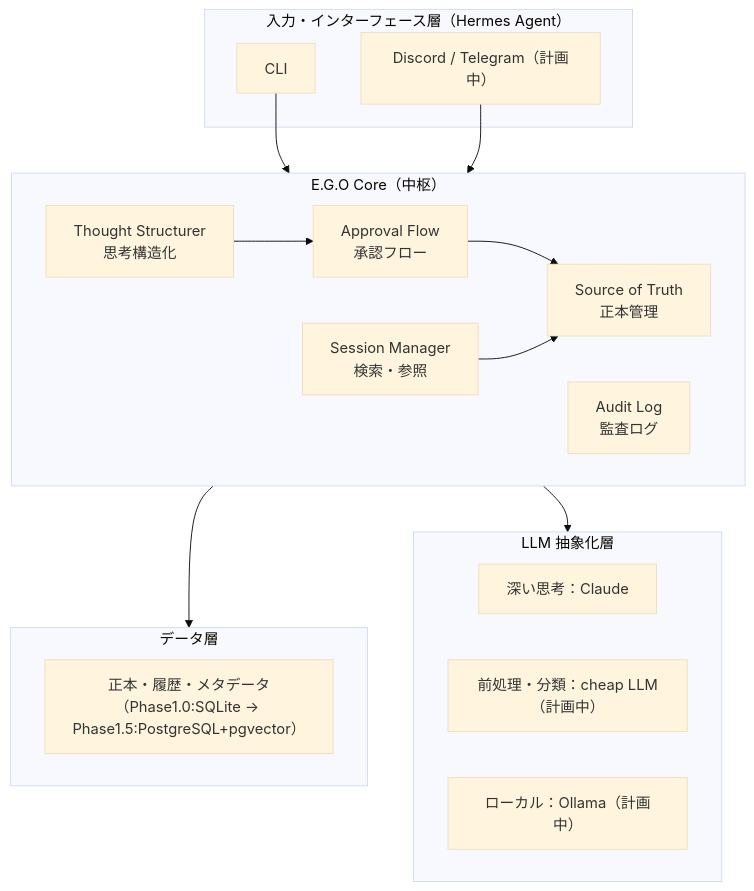
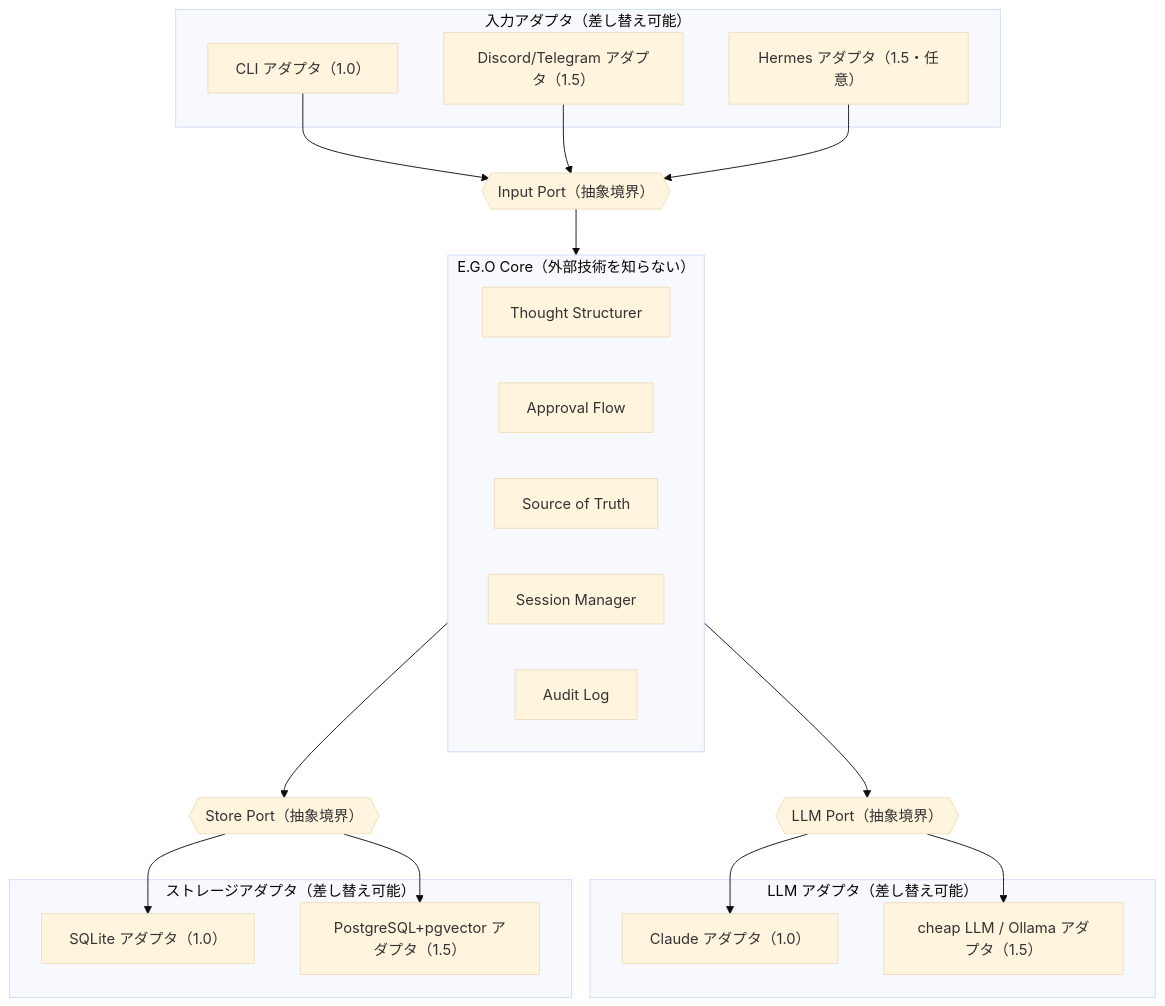
One commit to Kyo-arch-2026/ego-design changed the first of 4 diagrams in docs/06-basic-design.md. Above: the diagram before and after it, drawn with Mermaid (base theme). The commit also changed other lines of this file and 2 other files, not shown here.

````diff
--- a/docs/06-basic-design.md
+++ b/docs/06-basic-design.md
@@ -68,28 +78,34 @@
 ```mermaid
 flowchart TB
-    subgraph Input["入力・インターフェース層（Hermes Agent）"]
-        CH1["CLI"]
-        CH2["Discord / Telegram（計画中）"]
+    subgraph Adapters_In["入力アダプタ（差し替え可能）"]
+        CLI["CLI アダプタ（1.0）"]
+        DIS["Discord/Telegram アダプタ（1.5）"]
+        HER["Hermes アダプタ（1.5・任意）"]
     end
-    subgraph Core["E.G.O Core（中枢）"]
-        TS["Thought Structurer<br/>思考構造化"]
-        AF["Approval Flow<br/>承認フロー"]
-        SOT["Source of Truth<br/>正本管理"]
-        SM["Session Manager<br/>検索・参照"]
-        AL["Audit Log<br/>監査ログ"]
+    IPORT{{"Input Port（抽象境界）"}}
+    subgraph Core["E.G.O Core（外部技術を知らない）"]
+        TS["Thought Structurer"]
+        AF["Approval Flow"]
+        SOT["Source of Truth"]
+        SM["Session Manager"]
+        AL["Audit Log"]
     end
-    subgraph Data["データ層"]
-        DB["正本・履歴・メタデータ<br/>（Phase1.0:SQLite → Phase1.5:PostgreSQL+pgvector）"]
+    LPORT{{"LLM Port（抽象境界）"}}
+    SPORT{{"Store Port（抽象境界）"}}
+    subgraph Adapters_LLM["LLM アダプタ（差し替え可能）"]
+        CLA["Claude アダプタ（1.0）"]
+        OLL["cheap LLM / Ollama アダプタ（1.5）"]
     end
-    subgraph LLM["LLM 抽象化層"]
-        L1["深い思考：Claude"]
-        L2["前処理・分類：cheap LLM（計画中）"]
-        L3["ローカル：Ollama（計画中）"]
+    subgraph Adapters_Store["ストレージアダプタ（差し替え可能）"]
+        SQL["SQLite アダプタ（1.0）"]
+        PG["PostgreSQL+pgvector アダプタ（1.5）"]
     end
-    CH1 --> Core
-    CH2 --> Core
-    TS --> AF --> SOT
-    SM --> SOT
-    Core --> Data
-    Core --> LLM
+    CLI --> IPORT
+    DIS --> IPORT
+    HER --> IPORT
+    IPORT --> Core
+    Core --> LPORT --> CLA
+    LPORT --> OLL
+    Core --> SPORT --> SQL
+    SPORT --> PG
 ```
````
